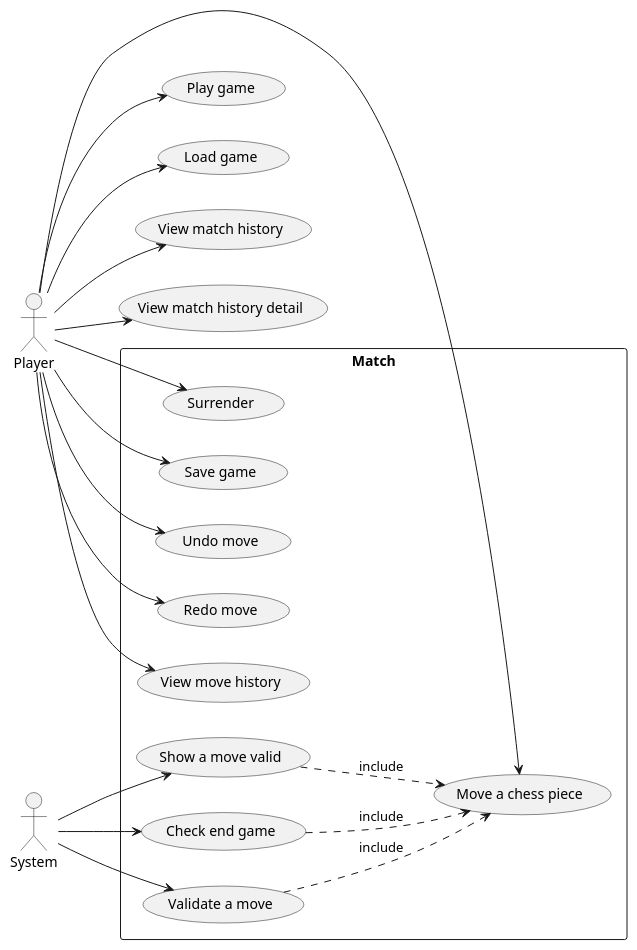
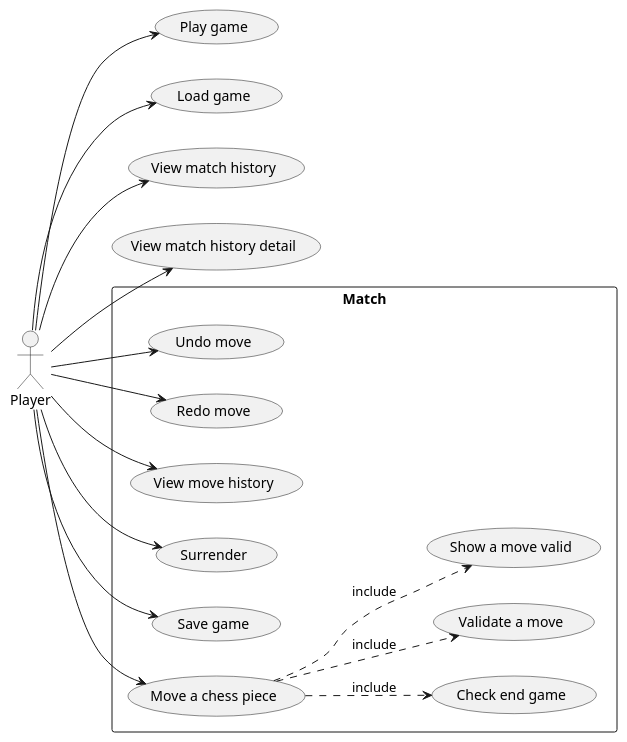
The diagram in use-case-diagram.puml (duyhq-zee1/chess-game), drawn with PlantUML before and after one commit. The commit also changed 1 other file, not shown here.

Commit message:
docs: fix code usecase and move a chess piece

```diff
--- a/use-case-diagram.puml
+++ b/use-case-diagram.puml
@@ -1,45 +1,41 @@
 @startuml "Use case"
 left to right direction
 
 actor Player
 
-actor System
 
 rectangle Match {
   
   usecase "Undo move" as undoMove
   usecase "Redo move" as redoMove
   usecase "View move history" as viewMoveHistory
   usecase "Check end game" as checkEndGame
   usecase "Validate a move" as validateAMove
   usecase "Show a move valid" as showAMoveValid
   usecase "Surrender" as surrender
   usecase "Save game" as saveGame
   usecase "Move a chess piece" as moveAChess
 
   Player --> undoMove
   Player --> redoMove
   Player --> viewMoveHistory
-  System --> checkEndGame
-  System --> validateAMove
-  System --> showAMoveValid
   Player --> surrender
   Player --> saveGame
   Player --> moveAChess
   
-  (validateAMove) ..> (moveAChess) : include
-  (checkEndGame) ..> (moveAChess) : include
-  (showAMoveValid) ..> (moveAChess) : include
+  (moveAChess)..>(validateAMove) : include
+  (moveAChess)..>(checkEndGame)  : include
+  (moveAChess)..>(showAMoveValid)  : include
 }
 
 usecase "Play game" as playGame
 usecase "Load game" as loadGame
 usecase "View match history" as viewMatchHistory
 usecase "View match history detail" as viewDetailMatchHistory
 
 Player --> playGame
 Player --> loadGame
 Player --> viewMatchHistory
 Player --> viewDetailMatchHistory
 
 @enduml
```
